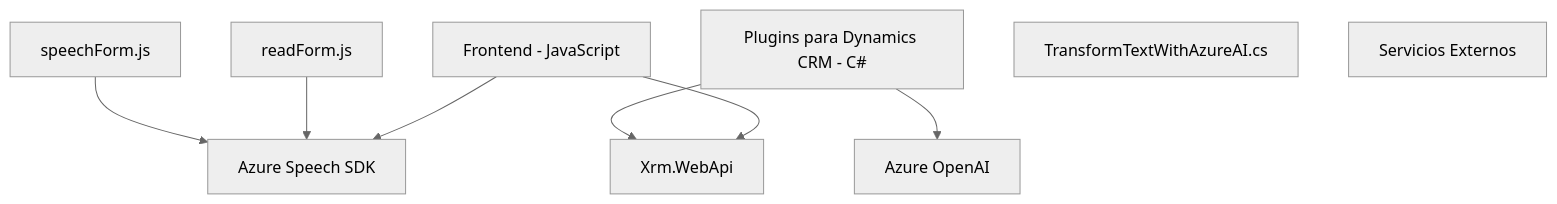
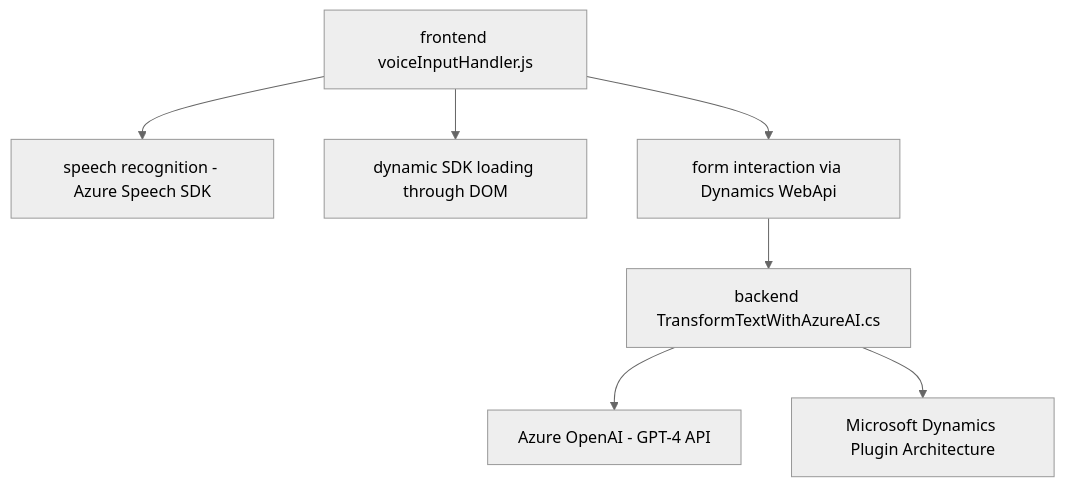
One commit to blopezdm/NETCORE_BILBAO2025 changed the diagram in README.md. Above: the diagram before and after it, drawn with Mermaid (neutral theme). The commit also changed other lines of this file, not shown here.

````diff
--- a/README.md
+++ b/README.md
@@ -28,18 +64,17 @@
 ```mermaid
 graph TD
-    A["Frontend - JavaScript"]
-    A1["readForm.js"]
-    A2["speechForm.js"]
-    B["Plugins para Dynamics CRM - C#"]
-    B1["TransformTextWithAzureAI.cs"]
-    C["Servicios Externos"]
-    C1["Azure Speech SDK"]
-    C2["Azure OpenAI"]
-    C3["Xrm.WebApi"]
-    A --> C1
-    A --> C3
-    A1 --> C1
-    A2 --> C1
-    B --> C2
-    B --> C3
+    A["frontend voiceInputHandler.js"]
+    B["speech recognition - Azure Speech SDK"]
+    C["dynamic SDK loading through DOM"]
+    D["form interaction via Dynamics WebApi"]
+    E["backend TransformTextWithAzureAI.cs"]
+    F["Azure OpenAI - GPT-4 API"]
+    G["Microsoft Dynamics Plugin Architecture"]
+
+    A --> B
+    A --> D
+    A --> C
+    D --> E
+    E --> F
+    E --> G
 ```
````
